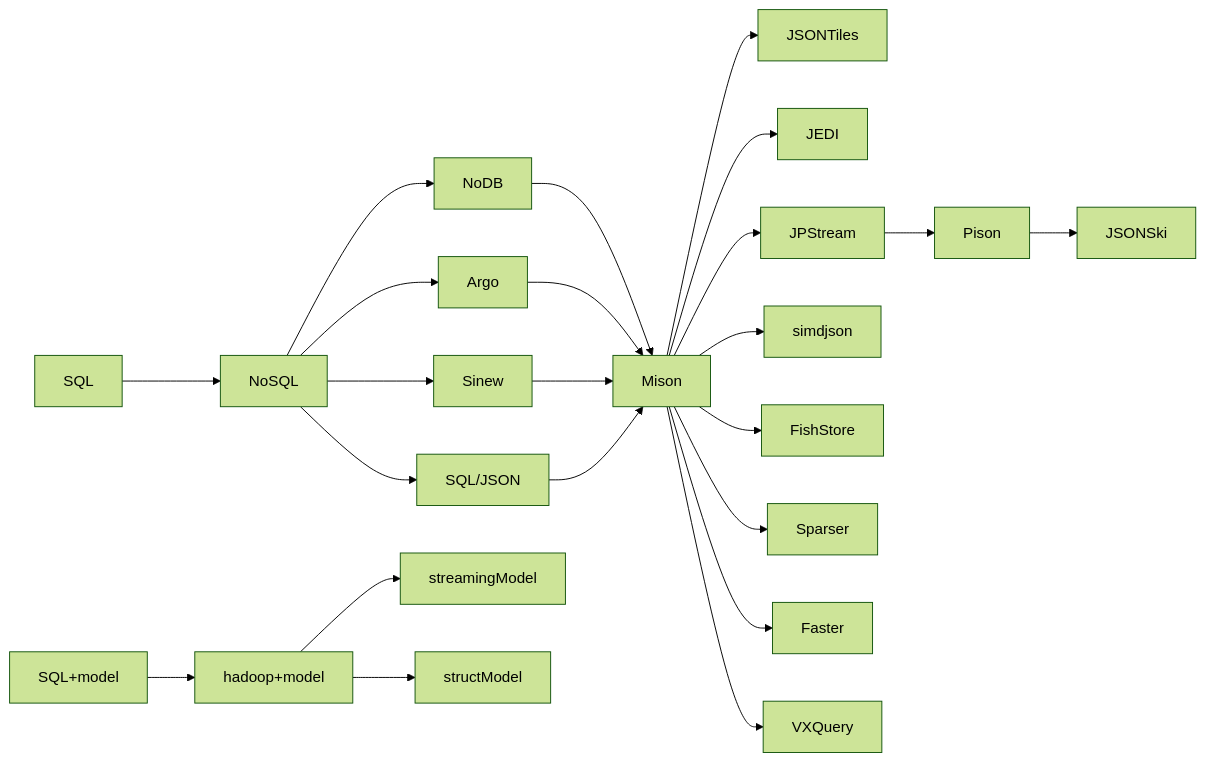
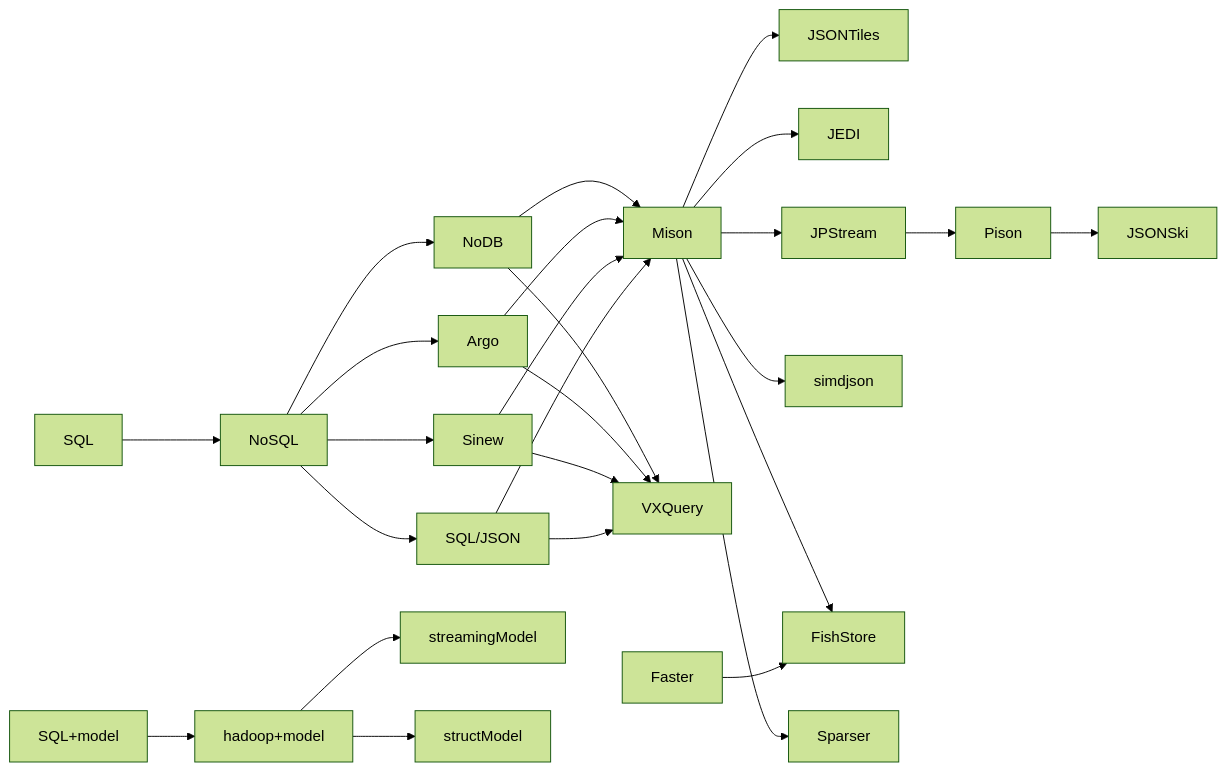
Before and after one commit to Da1wn/workharder: the diagram in 12.25.md, drawn with Mermaid (forest theme). The commit also changed other lines of this file and 9 other files, not shown here.

````diff
--- a/12.25.md
+++ b/12.25.md
@@ -23,23 +23,26 @@
 ```mermaid
 graph LR
 SQL  -->NoSQL;
 NoSQL-->NoDB;
 NoSQL-->Argo;
 NoSQL-->Sinew;
 NoSQL-->SQL/JSON;
 NoDB    -->Mison;
 Argo    -->Mison;
 Sinew   -->Mison;
 SQL/JSON-->Mison;
+NoDB    -->VXQuery;
+Argo    -->VXQuery;
+Sinew   -->VXQuery;
+SQL/JSON-->VXQuery;
 Mison-->JSONTiles
 Mison-->JEDI
 Mison-->JPStream-->Pison-->JSONSki
 Mison-->simdjson
 Mison-->FishStore
 Mison-->Sparser
-Mison-->Faster
-Mison-->VXQuery
+Faster-->FishStore
 
 SQL+model-->hadoop+model-->streamingModel
 hadoop+model-->structModel
 ```
````
